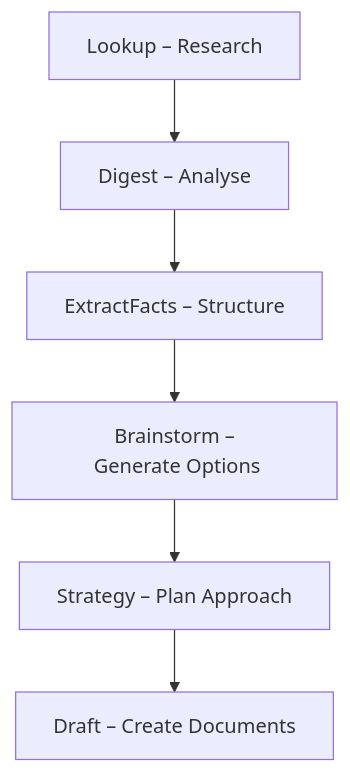
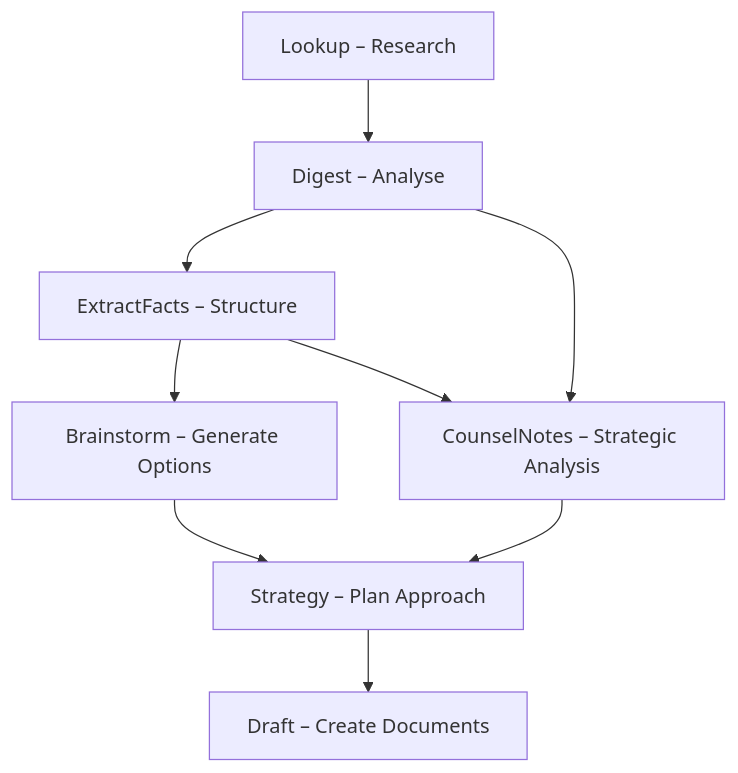
Before and after one commit to agelastic/litassist-priv: the diagram in memory-bank/projectbrief.md, drawn with Mermaid. The commit also changed other lines of this file and 8 other files, not shown here.

First line of the commit message:
Implement multi-chunk consolidation for counselnotes strategic analysis

````diff
--- a/memory-bank/projectbrief.md
+++ b/memory-bank/projectbrief.md
@@ -5,8 +5,12 @@
 ```mermaid
 graph TD
-    A["Lookup – Research"] --> B["Digest – Analyse"]
-    B --> C["ExtractFacts – Structure"]
-    C --> D["Brainstorm – Generate Options"]
-    D --> E["Strategy – Plan Approach"]
-    E --> F["Draft – Create Documents"]
+    A["Lookup – Research"] --> B["Digest – Analyse"]
+    B --> C["ExtractFacts – Structure"]
+    C --> D["Brainstorm – Generate Options"]
+    D --> E["Strategy – Plan Approach"]
+    E --> F["Draft – Create Documents"]
+    
+    B --> G["CounselNotes – Strategic Analysis"]
+    C --> G
+    G --> E
 ```
````
